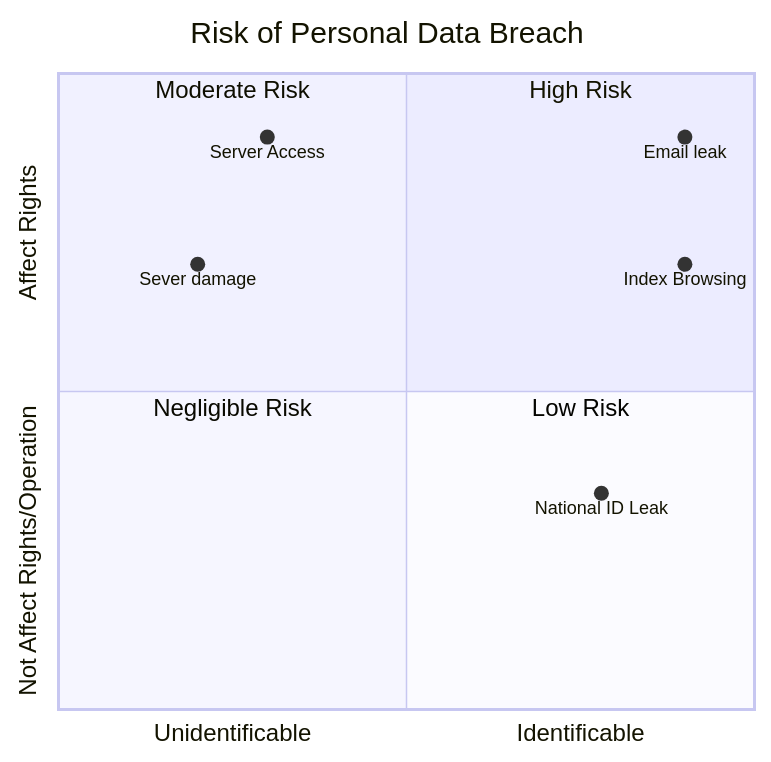
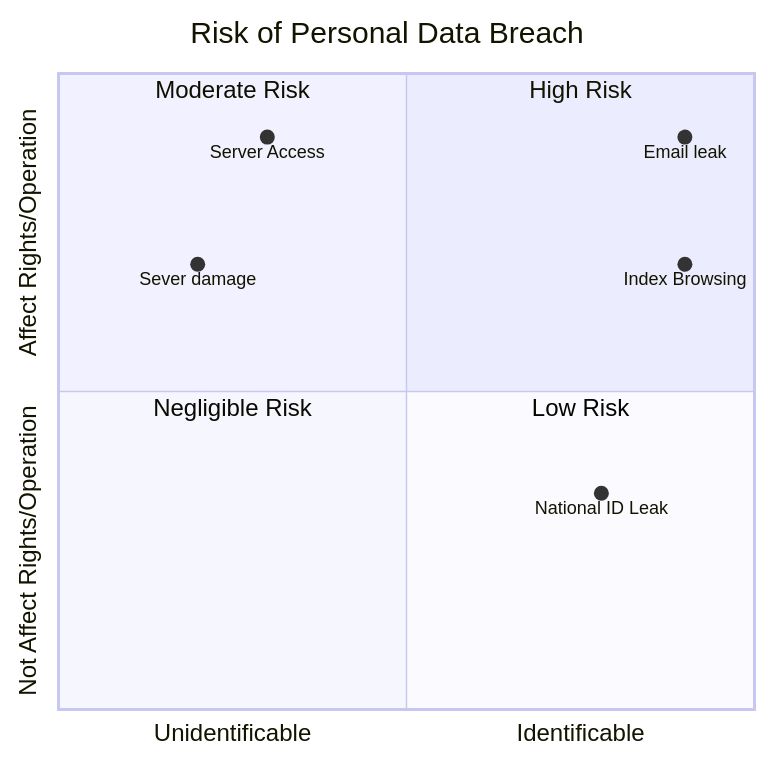
One commit to Kietpawpan/pdpa changed the fourth of 4 diagrams in README.md. Above: the diagram before and after it, drawn with Mermaid.

````diff
--- a/README.md
+++ b/README.md
@@ -87,15 +87,15 @@
 ```mermaid
 quadrantChart
     title Risk of Personal Data Breach
     x-axis Unidentificable --> Identificable
-    y-axis Not Affect Rights/Operation --> Affect Rights
+    y-axis Not Affect Rights/Operation --> Affect Rights/Operation
     quadrant-1 High Risk
     quadrant-2 Moderate Risk
     quadrant-3 Negligible Risk
     quadrant-4 Low Risk
 	Server Access: [0.3, 0.9]
     	Email leak: [0.9, 0.9]
     Index Browsing: [0.9, 0.7]
     National ID Leak: [0.78, 0.34]
     Sever damage: [0.2, 0.7]
 ```
````
